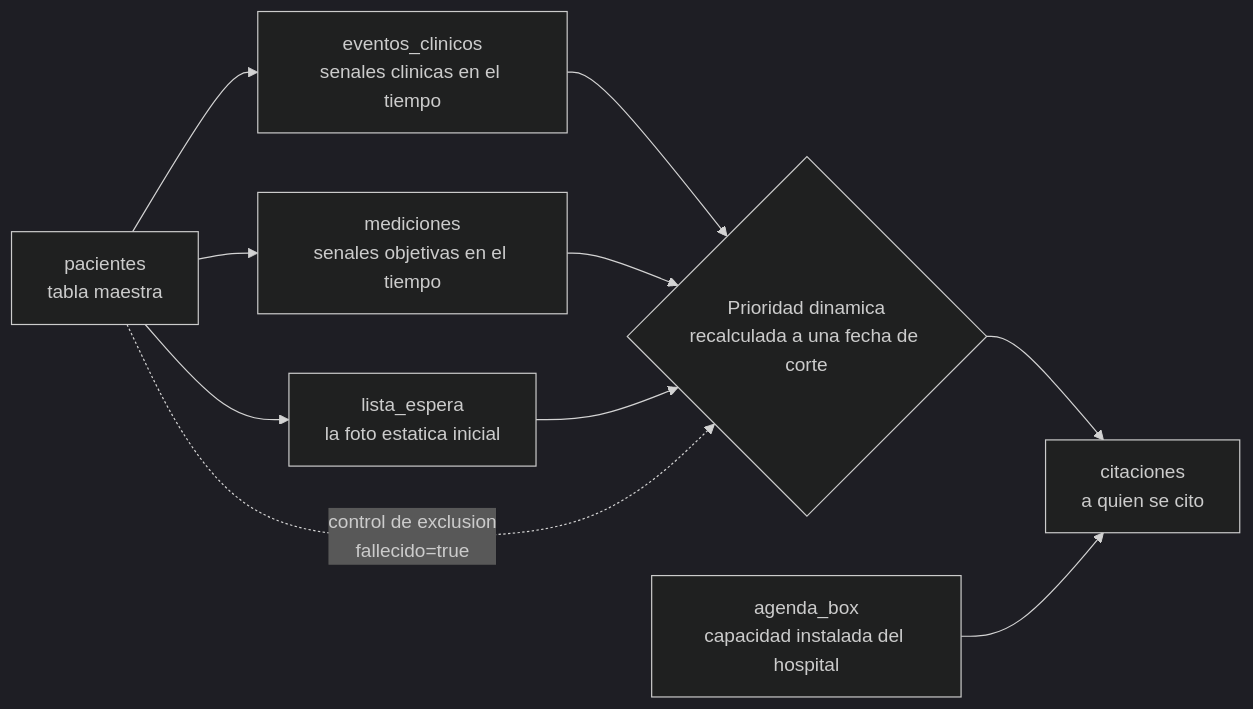
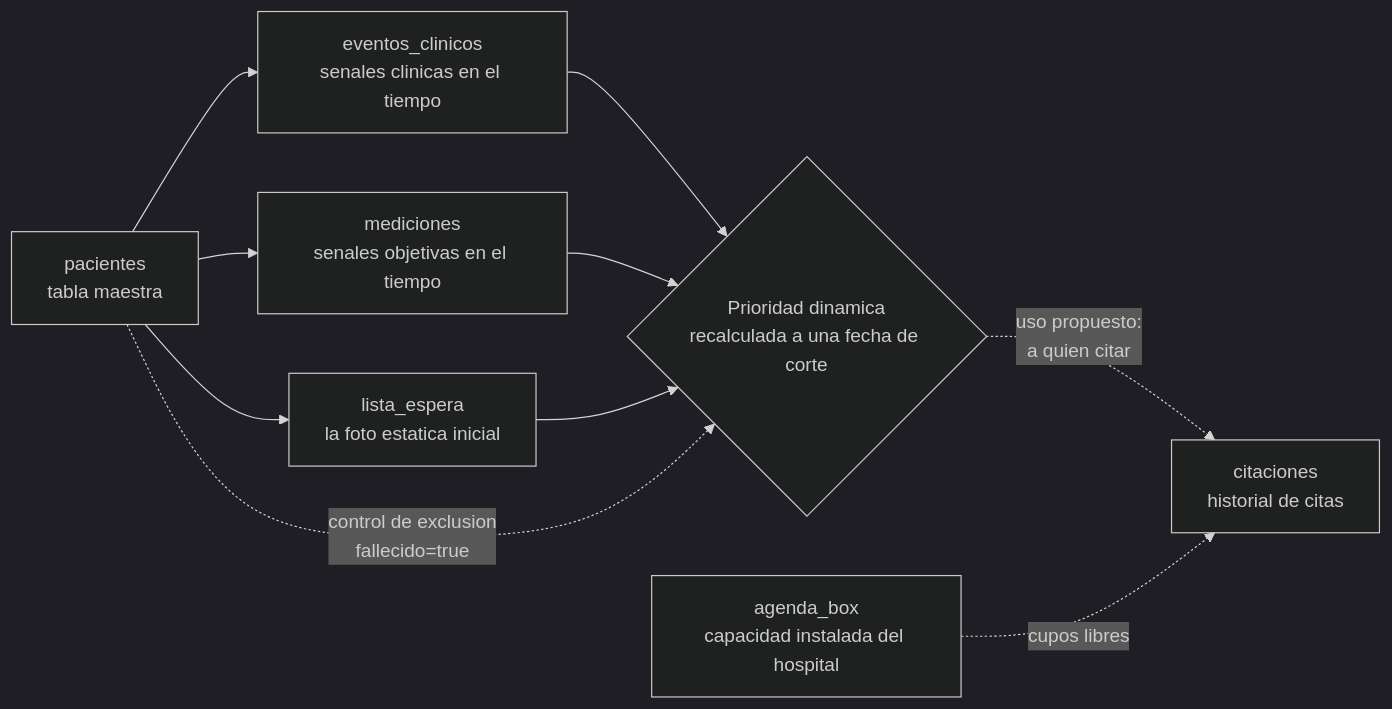
Before and after one commit to patricioespinozaa/AWS-G12: the second of 2 diagrams in docs/modelo-datos-raw.md, drawn with Mermaid (dark theme). The commit also changed other lines of this file and 13 other files, not shown here.

````diff
--- a/docs/modelo-datos-raw.md
+++ b/docs/modelo-datos-raw.md
@@ -115,12 +124,12 @@
 ```mermaid
 flowchart LR
     P[pacientes<br/>tabla maestra] --> L[lista_espera<br/>la foto estatica inicial]
     P --> E[eventos_clinicos<br/>senales clinicas en el tiempo]
     P --> M[mediciones<br/>senales objetivas en el tiempo]
     E --> PR{Prioridad dinamica<br/>recalculada a una fecha de corte}
     M --> PR
     L --> PR
-    PR --> C[citaciones<br/>a quien se cito]
-    AB[agenda_box<br/>capacidad instalada del hospital] --> C
+    PR -. uso propuesto:<br/>a quien citar .-> C[citaciones<br/>historial de citas]
+    AB[agenda_box<br/>capacidad instalada del hospital] -. cupos libres .-> C
     P -. control de exclusion<br/>fallecido=true .-> PR
 ```
````
